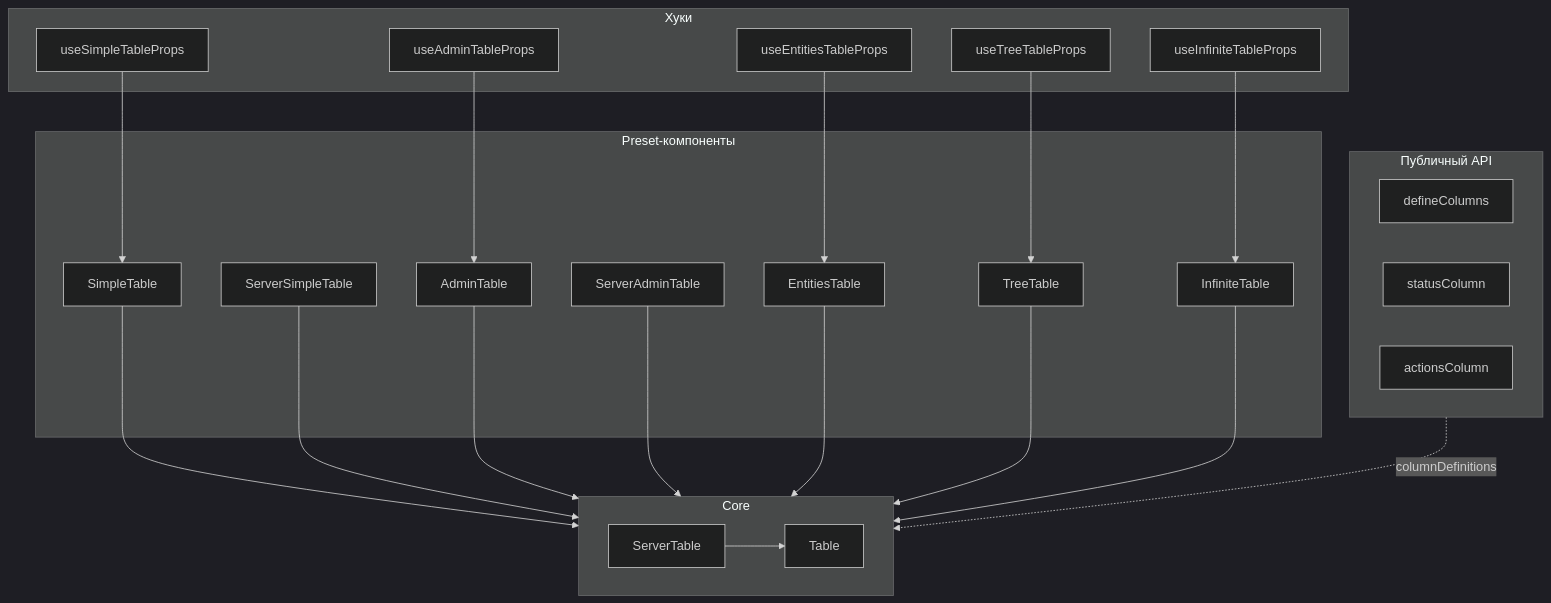
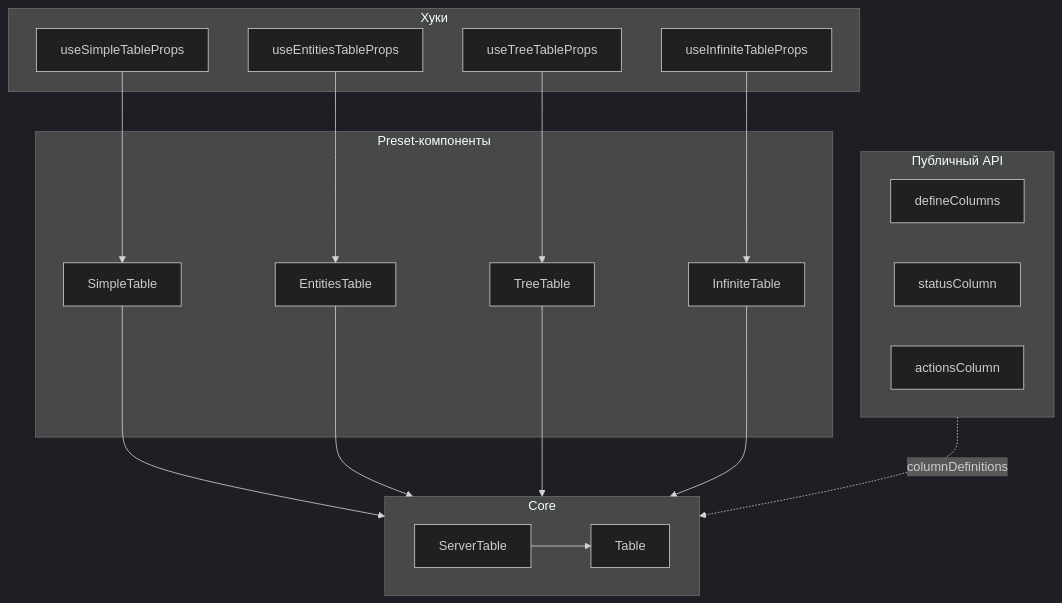
One commit to cloud-ru-tech/snack-v2 changed the diagram in packages/table/README.md. Above: the diagram before and after it, drawn with Mermaid (dark theme). The commit also changed other lines of this file and 25 other files, not shown here.

````diff
--- a/packages/table/README.md
+++ b/packages/table/README.md
@@ -24,48 +24,40 @@
 ```mermaid
 flowchart TB
   subgraph public [Публичный API]
     direction LR
     defineColumns[defineColumns]
     statusColumn[statusColumn]
     actionsColumn[actionsColumn]
   end
 
   subgraph hooks [Хуки]
     useSimple[useSimpleTableProps]
-    useAdmin[useAdminTableProps]
     useTree[useTreeTableProps]
     useInfinite[useInfiniteTableProps]
     useEntities[useEntitiesTableProps]
   end
 
   subgraph presets [Preset-компоненты]
     SimpleTable
-    ServerSimpleTable
-    AdminTable
-    ServerAdminTable
     EntitiesTable
     TreeTable
     InfiniteTable
   end
 
   subgraph core [Core]
     direction LR
     Table
     ServerTable
   end
 
   public -.->|columnDefinitions| Table
   useSimple --> SimpleTable
-  useAdmin --> AdminTable
   useTree --> TreeTable
   useInfinite --> InfiniteTable
   useEntities --> EntitiesTable
   SimpleTable --> Table
-  ServerSimpleTable --> ServerTable
-  AdminTable --> Table
-  ServerAdminTable --> ServerTable
   EntitiesTable --> ServerTable
   TreeTable --> Table
   InfiniteTable --> Table
   ServerTable --> Table
 ```
````
